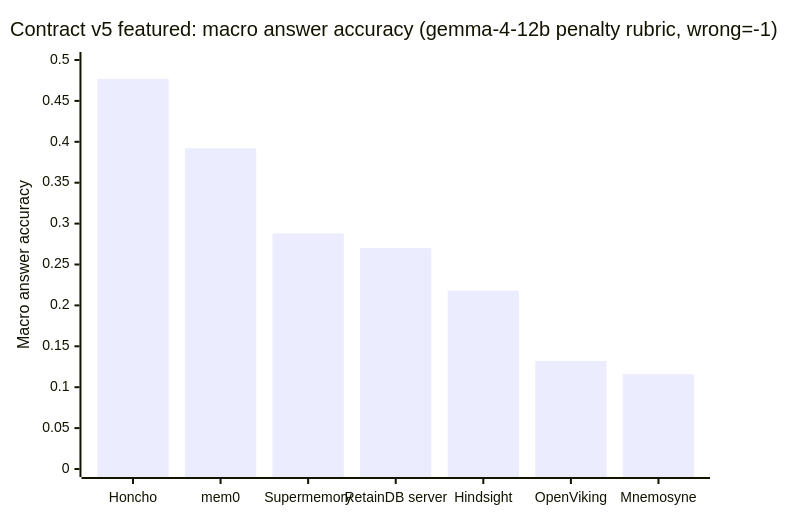
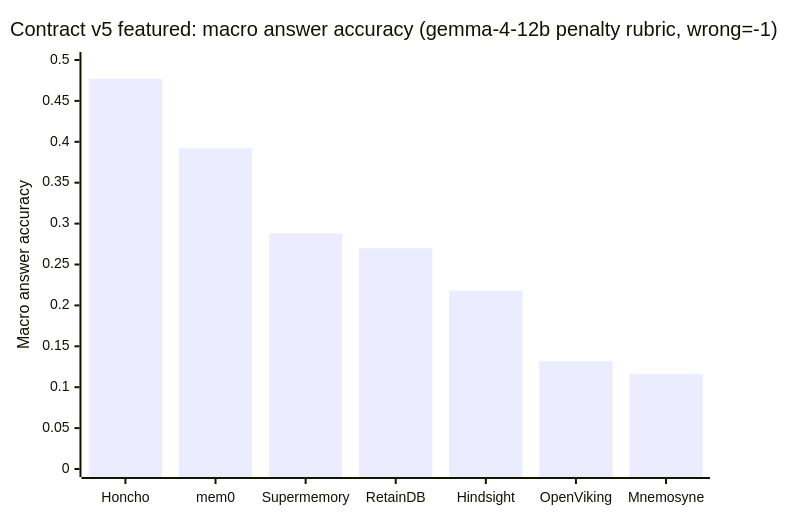
The diagram in README.md (EngTurtle/hermes-memconflict), drawn with Mermaid before and after one commit. The commit also changed 7 other files, not shown here.

Commit message:
fixed readme graph and added memconflict session view

````diff
--- a/README.md
+++ b/README.md
@@ -105,7 +105,7 @@
 ```mermaid
 xychart-beta
     title "Contract v5 featured: macro answer accuracy (gemma-4-12b penalty rubric, wrong=-1)"
-    x-axis ["Honcho", "mem0", "Supermemory", "RetainDB server", "Hindsight", "OpenViking", "Mnemosyne"]
+    x-axis ["Honcho", "mem0", "Supermemory", "RetainDB", "Hindsight", "OpenViking", "Mnemosyne"]
     y-axis "Macro answer accuracy" 0 --> 0.5
     bar [0.477, 0.392, 0.288, 0.270, 0.218, 0.132, 0.116]
 ```
````
